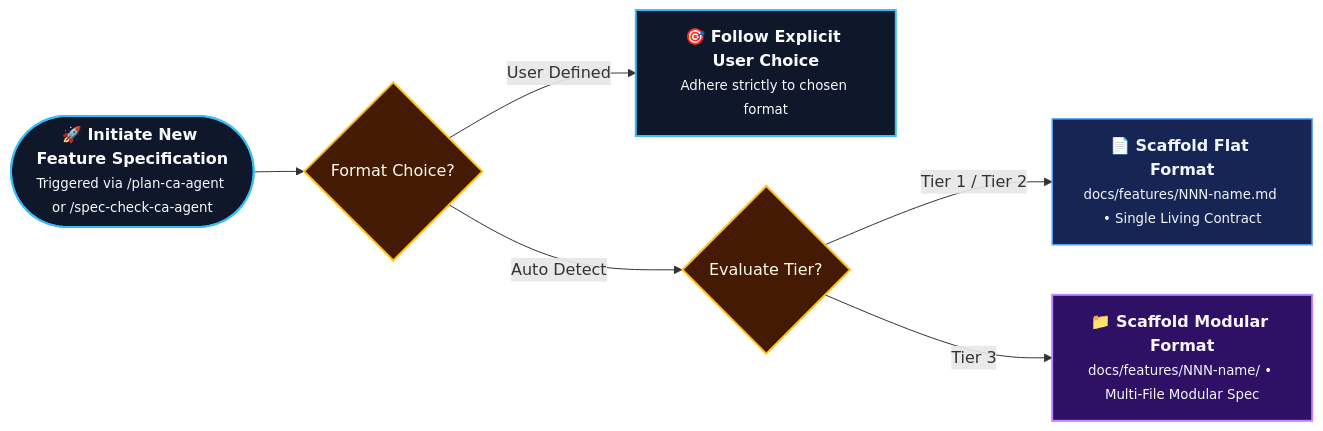
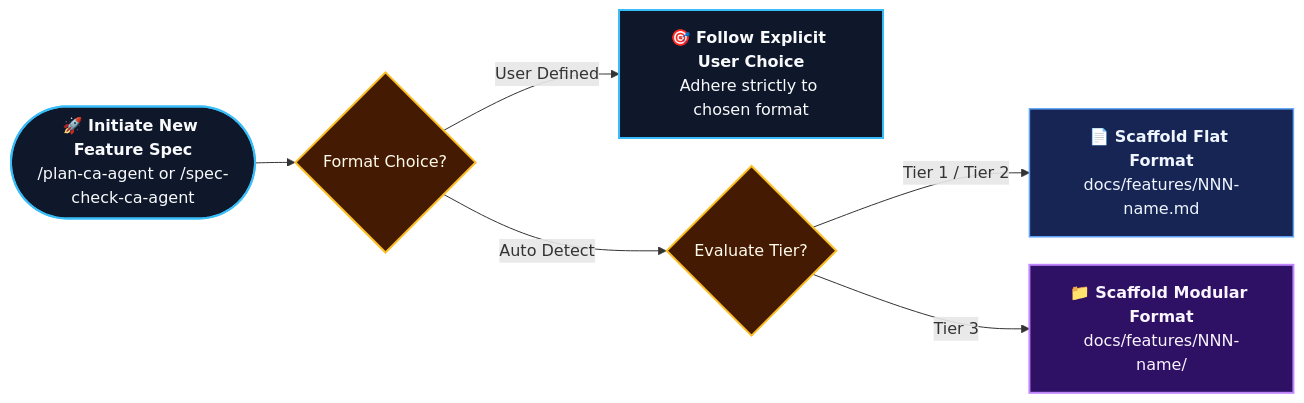
The first of 3 diagrams in SDD-Vibe-Framework/docs/features/README.md (ChandanAY-24/Agentic-Development-ChandanAY), drawn with Mermaid before and after one commit. The commit also changed other lines of this file and 13 other files, not shown here.

Commit message:
docs: polish Mermaid diagrams across READMEs and guides

````diff
--- a/SDD-Vibe-Framework/docs/features/README.md
+++ b/SDD-Vibe-Framework/docs/features/README.md
@@ -28,15 +28,20 @@
 ```mermaid
+%%{init: {'flowchart': {'curve': 'basis', 'padding': 16, 'nodeSpacing': 28, 'rankSpacing': 40}}}%%
 flowchart LR
     classDef start fill:#0f172a,stroke:#38bdf8,stroke-width:2px,color:#f8fafc;
     classDef gate fill:#451a03,stroke:#fbbf24,stroke-width:2px,color:#fffbeb;
     classDef flat fill:#172554,stroke:#60a5fa,stroke-width:1.5px,color:#eff6ff;
     classDef modular fill:#2e1065,stroke:#c084fc,stroke-width:2px,color:#faf5ff;
 
-    Start(["<b>🚀 Initiate New Feature Specification</b><br/><small>Triggered via /plan-ca-agent or /spec-check-ca-agent</small>"]):::start --> DevAsk{"Format Choice?"}:::gate
+    Start(["`**🚀 Initiate New Feature Spec**
+/plan-ca-agent or /spec-check-ca-agent`"]):::start --> DevAsk{"Format Choice?"}:::gate
     
-    DevAsk -->|"User Defined"| UserChoice["<b>🎯 Follow Explicit User Choice</b><br/><small>Adhere strictly to chosen format</small>"]:::start
+    DevAsk -->|"User Defined"| UserChoice["`**🎯 Follow Explicit User Choice**
+Adhere strictly to chosen format`"]:::start
     DevAsk -->|"Auto Detect"| AutoTier{"Evaluate Tier?"}:::gate
     
-    AutoTier -->|"Tier 1 / Tier 2"| FlatFormat["<b>📄 Scaffold Flat Format</b><br/><small>docs/features/NNN-name.md • Single Living Contract</small>"]:::flat
-    AutoTier -->|"Tier 3"| ModularFormat["<b>📁 Scaffold Modular Format</b><br/><small>docs/features/NNN-name/ • Multi-File Modular Spec</small>"]:::modular
+    AutoTier -->|"Tier 1 / Tier 2"| FlatFormat["`**📄 Scaffold Flat Format**
+docs/features/NNN-name.md`"]:::flat
+    AutoTier -->|"Tier 3"| ModularFormat["`**📁 Scaffold Modular Format**
+docs/features/NNN-name/`"]:::modular
 ```
````
